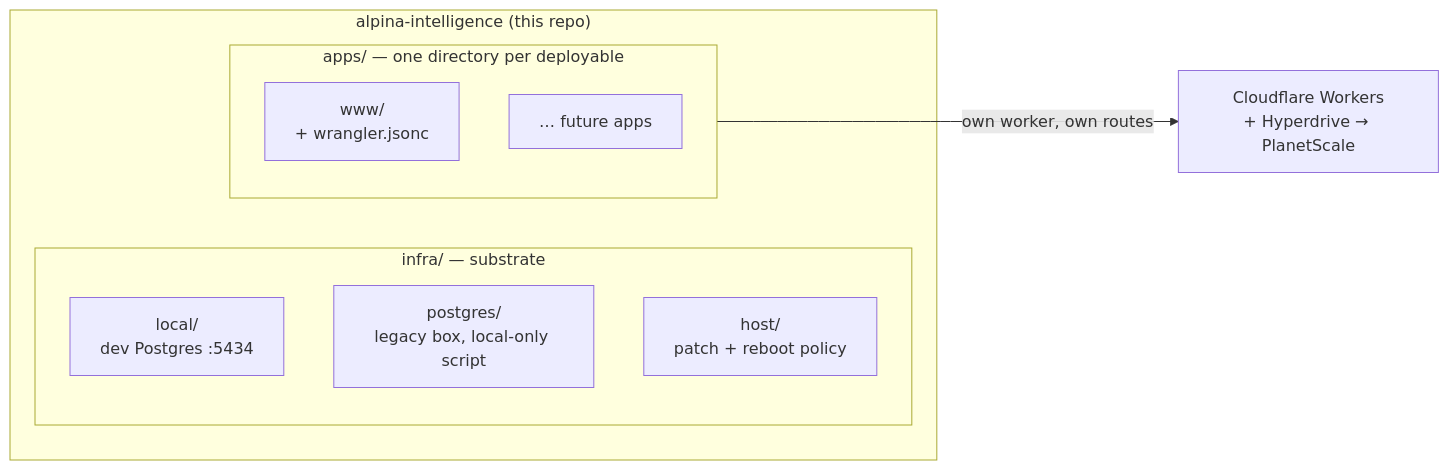
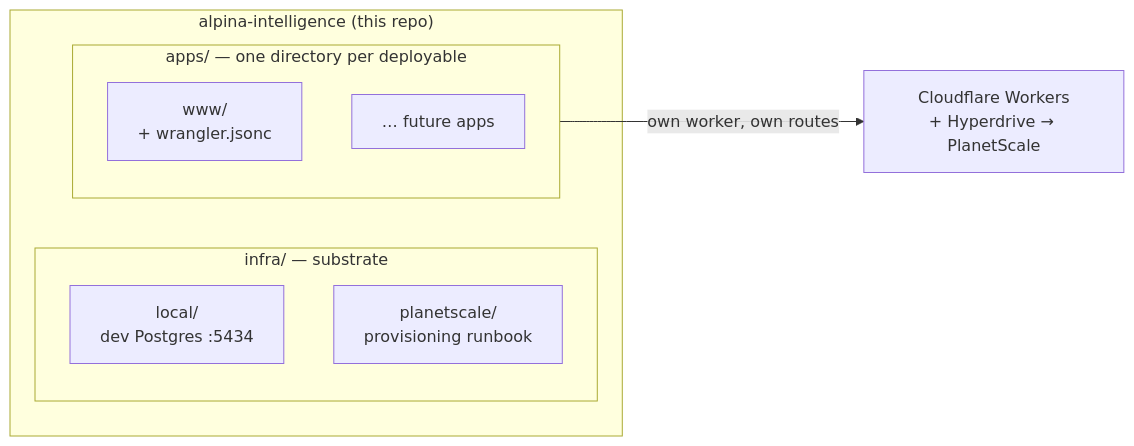
The diagram in README.md (Alpina-Intelligence/alpina-intelligence), drawn with Mermaid before and after one commit. The commit also changed other lines of this file and 9 other files, not shown here.

````diff
--- a/README.md
+++ b/README.md
@@ -47,15 +50,14 @@
 ```mermaid
 flowchart LR
     subgraph repo["alpina-intelligence (this repo)"]
         subgraph plat["infra/ — substrate"]
             loc["local/<br/>dev Postgres :5434"]
-            pg["postgres/<br/>legacy box, local-only script"]
-            host["host/<br/>patch + reboot policy"]
+            ps["planetscale/<br/>provisioning runbook"]
         end
         subgraph apps["apps/ — one directory per deployable"]
             www["www/<br/>+ wrangler.jsonc"]
             nxt["… future apps"]
         end
     end
     apps -->|"own worker, own routes"| cf["Cloudflare Workers<br/>+ Hyperdrive → PlanetScale"]
 ```
````
